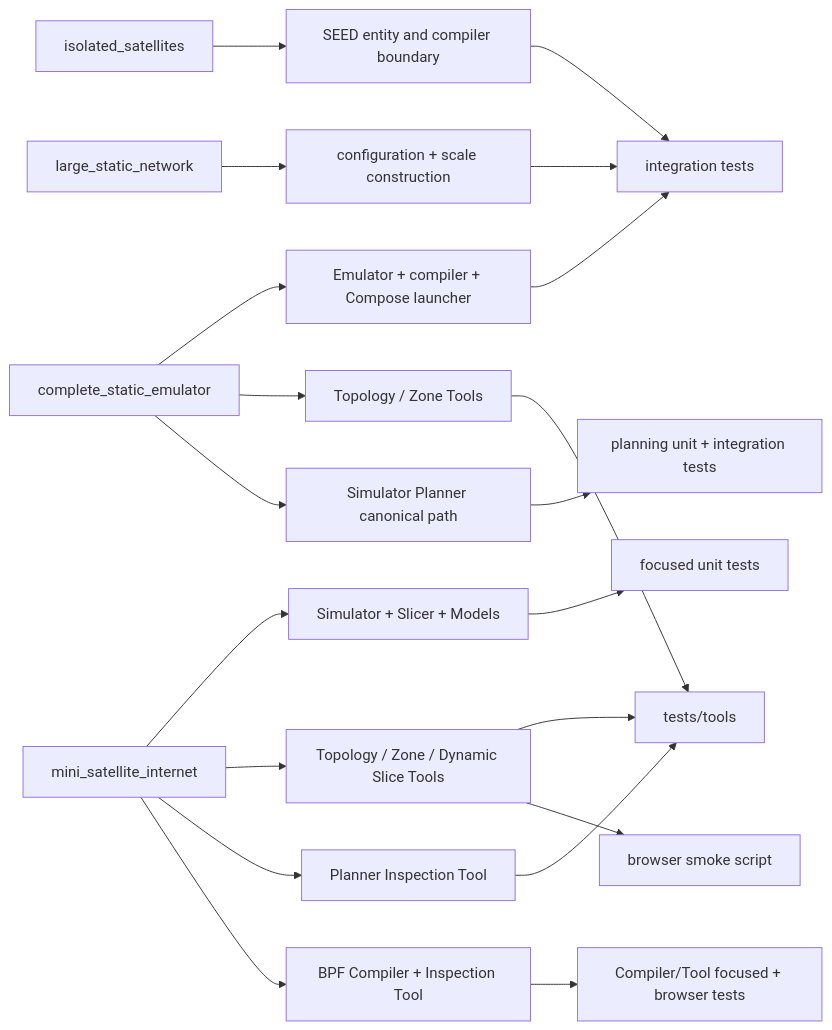
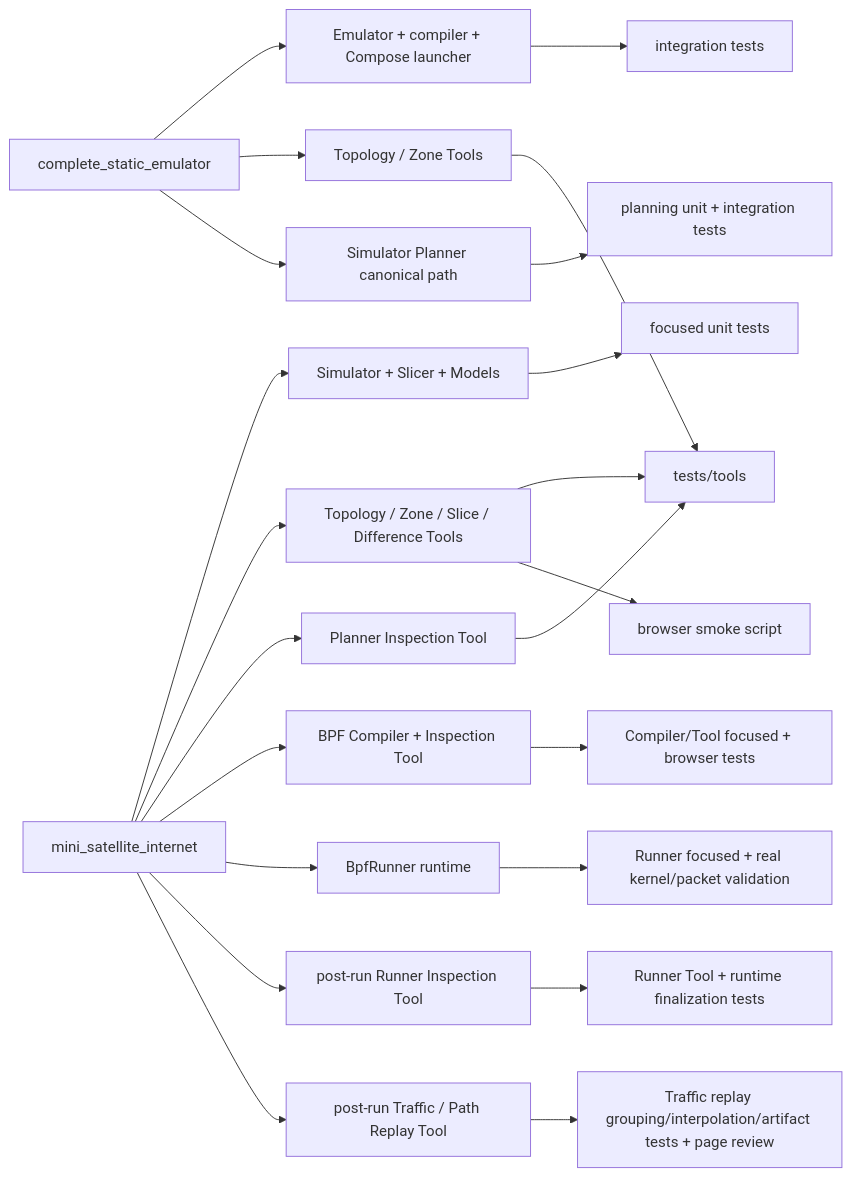
One commit to seed-labs/skyseed changed the diagram in skyseed_v2/docs/human-readable/traceability-map.md. Above: the diagram before and after it, drawn with Mermaid. The commit also changed other lines of this file and 145 other files, not shown here.

Commit message:
feat: complete bpf runner stage

````diff
--- a/skyseed_v2/docs/human-readable/traceability-map.md
+++ b/skyseed_v2/docs/human-readable/traceability-map.md
@@ -7,23 +7,24 @@
 ```mermaid
 flowchart LR
     CE["complete_static_emulator"] --> EM["Emulator + compiler + Compose launcher"]
     CE --> TZ["Topology / Zone Tools"]
     CE --> PL["Simulator Planner canonical path"]
     DN["mini_satellite_internet"] --> DS["Simulator + Slicer + Models"]
-    DN --> DT["Topology / Zone / Dynamic Slice Tools"]
+    DN --> DT["Topology / Zone / Slice / Difference Tools"]
     DN --> PT["Planner Inspection Tool"]
     DN --> BT["BPF Compiler + Inspection Tool"]
-    IS["isolated_satellites"] --> SE["SEED entity and compiler boundary"]
-    LS["large_static_network"] --> SC["configuration + scale construction"]
-
+    DN --> BR["BpfRunner runtime"]
+    DN --> RI["post-run Runner Inspection Tool"]
+    DN --> TR["post-run Traffic / Path Replay Tool"]
     EM --> ITEST["integration tests"]
     DS --> UTEST["focused unit tests"]
     PL --> PTEST["planning unit + integration tests"]
     TZ --> TTEST["tests/tools"]
     DT --> TTEST
     DT --> BROWSER["browser smoke script"]
     PT --> TTEST
     BT --> BTEST["Compiler/Tool focused + browser tests"]
-    SE --> ITEST
-    SC --> ITEST
+    BR --> RTEST["Runner focused + real kernel/packet validation"]
+    RI --> RITEST["Runner Tool + runtime finalization tests"]
+    TR --> TRTEST["Traffic replay grouping/interpolation/artifact tests + page review"]
 ```
````
